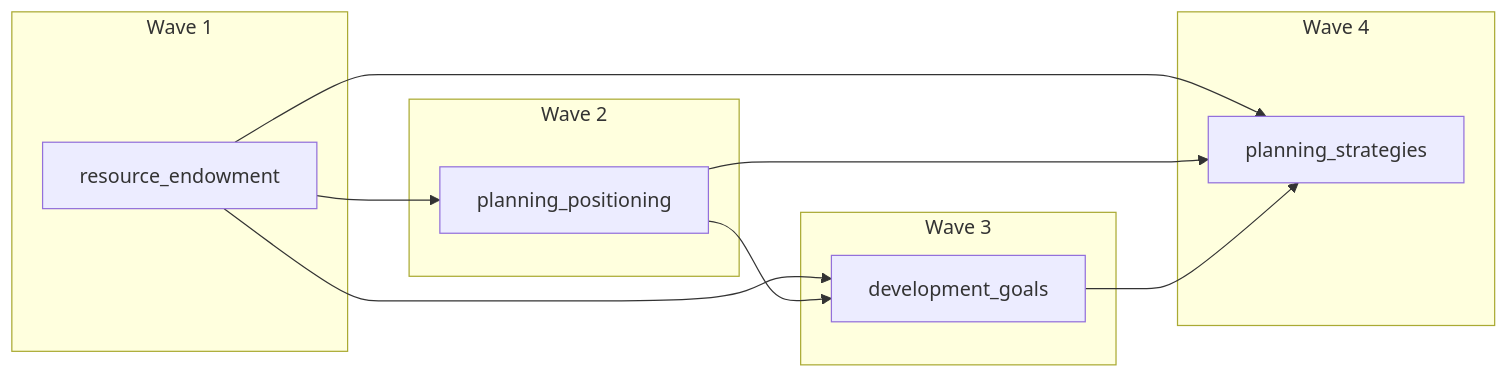
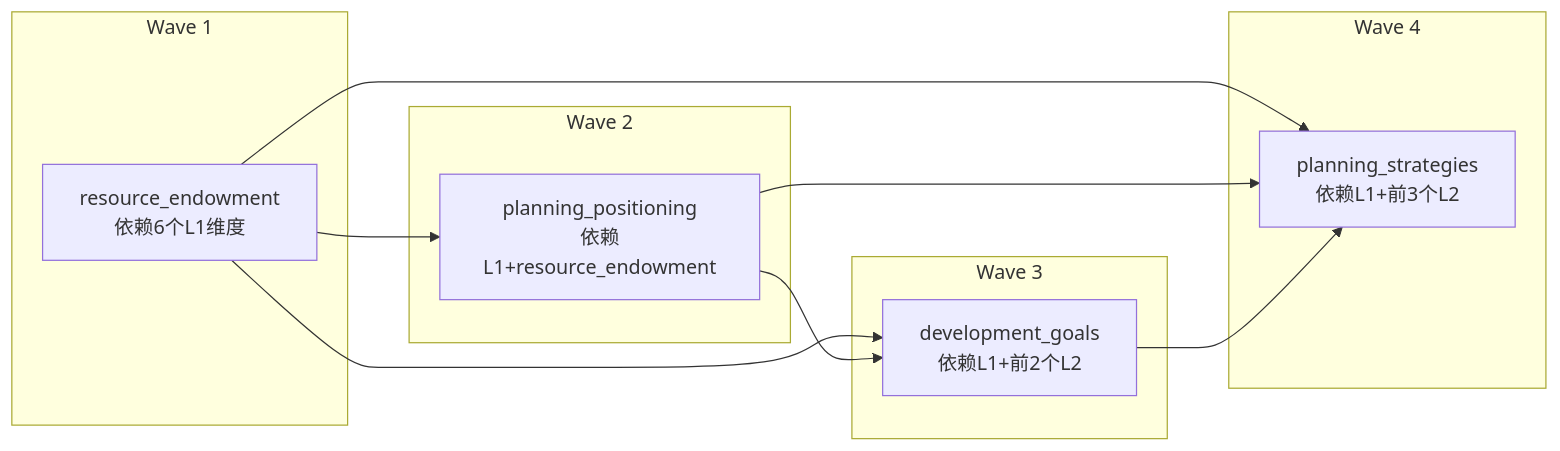
One commit to hanyi690/Village_Planning_Agent changed the second of 3 diagrams in docs/architecture/layer-dimension-dataflow.md. Above: the diagram before and after it, drawn with Mermaid. The commit also changed other lines of this file and 52 other files, not shown here.

````diff
--- a/docs/architecture/layer-dimension-dataflow.md
+++ b/docs/architecture/layer-dimension-dataflow.md
@@ -613,25 +764,25 @@
 ```mermaid
 graph LR
     subgraph Wave1["Wave 1"]
-        W1_1[resource_endowment]
+        W1_1[resource_endowment<br/>依赖6个L1维度]
     end
 
     subgraph Wave2["Wave 2"]
-        W2_1[planning_positioning]
+        W2_1[planning_positioning<br/>依赖L1+resource_endowment]
     end
 
     subgraph Wave3["Wave 3"]
-        W3_1[development_goals]
+        W3_1[development_goals<br/>依赖L1+前2个L2]
     end
 
     subgraph Wave4["Wave 4"]
-        W4_1[planning_strategies]
+        W4_1[planning_strategies<br/>依赖L1+前3个L2]
     end
 
     W1_1 --> W2_1
     W1_1 --> W3_1
     W2_1 --> W3_1
     W1_1 --> W4_1
     W2_1 --> W4_1
     W3_1 --> W4_1
 ```
````
